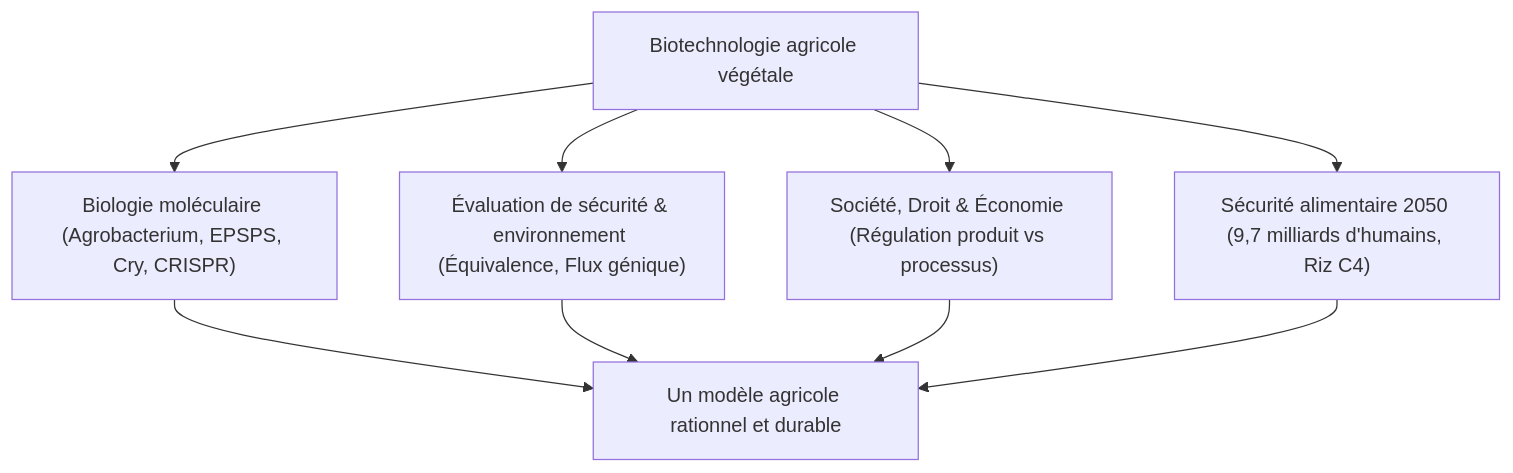
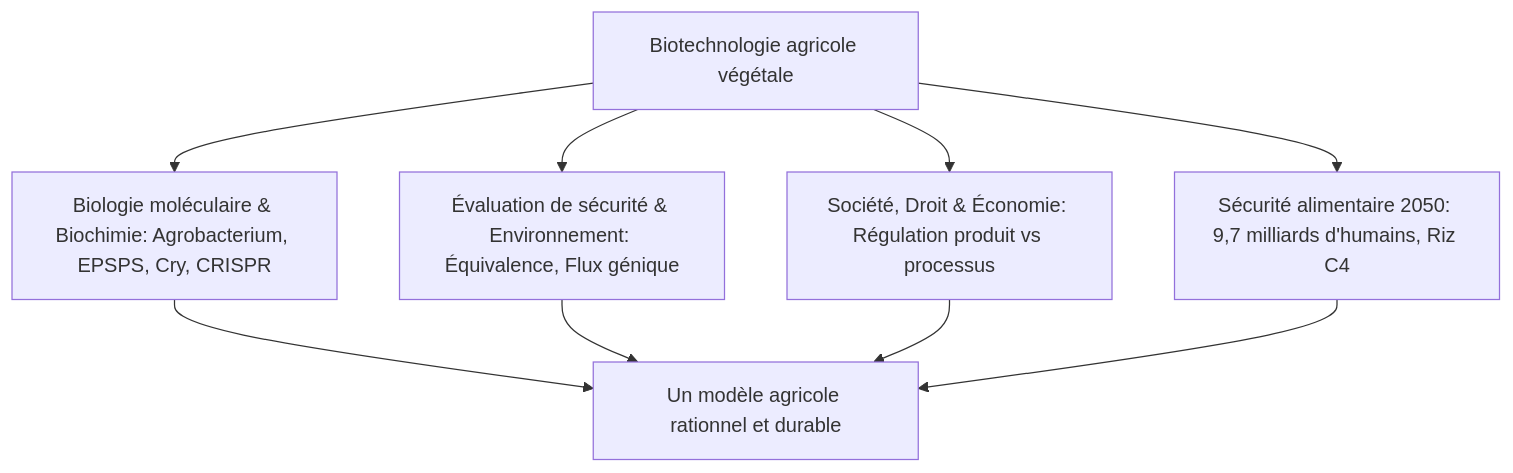
One commit to kenjinote/blog changed the first of 2 diagrams in content/post/genetically-modified-crops-biotechnology-agriculture-safety-future/index.fr.md. Above: the diagram before and after it, drawn with Mermaid. The commit also changed other lines of this file and 11 other files, not shown here.

````diff
--- a/content/post/genetically-modified-crops-biotechnology-agriculture-safety-future/index.fr.md
+++ b/content/post/genetically-modified-crops-biotechnology-agriculture-safety-future/index.fr.md
@@ -17,9 +22,10 @@
 ```mermaid
 flowchart TD
     BIO["Biotechnologie agricole végétale"]
-    BIO --> M1["Biologie moléculaire (Agrobacterium, EPSPS, Cry, CRISPR)"]
-    BIO --> M2["Évaluation de sécurité & environnement (Équivalence, Flux génique)"]
-    BIO --> M3["Société, Droit & Économie (Régulation produit vs processus)"]
-    BIO --> M4["Sécurité alimentaire 2050 (9,7 milliards d'humains, Riz C4)"]
+    BIO --> M1["Biologie moléculaire & Biochimie: Agrobacterium, EPSPS, Cry, CRISPR"]
+    BIO --> M2["Évaluation de sécurité & Environnement: Équivalence, Flux génique"]
+    BIO --> M3["Société, Droit & Économie: Régulation produit vs processus"]
+    BIO --> M4["Sécurité alimentaire 2050: 9,7 milliards d'humains, Riz C4"]
+    
     M1 & M2 & M3 & M4 --> TOTAL["Un modèle agricole rationnel et durable"]
 ```
````
